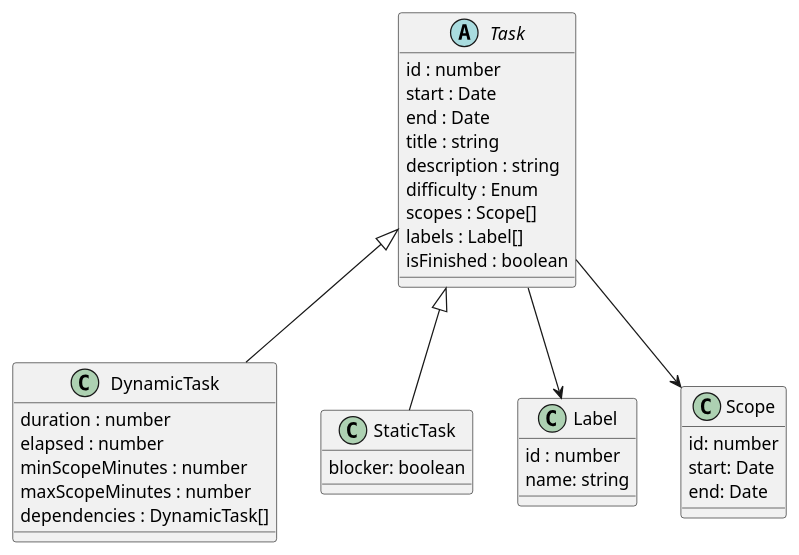
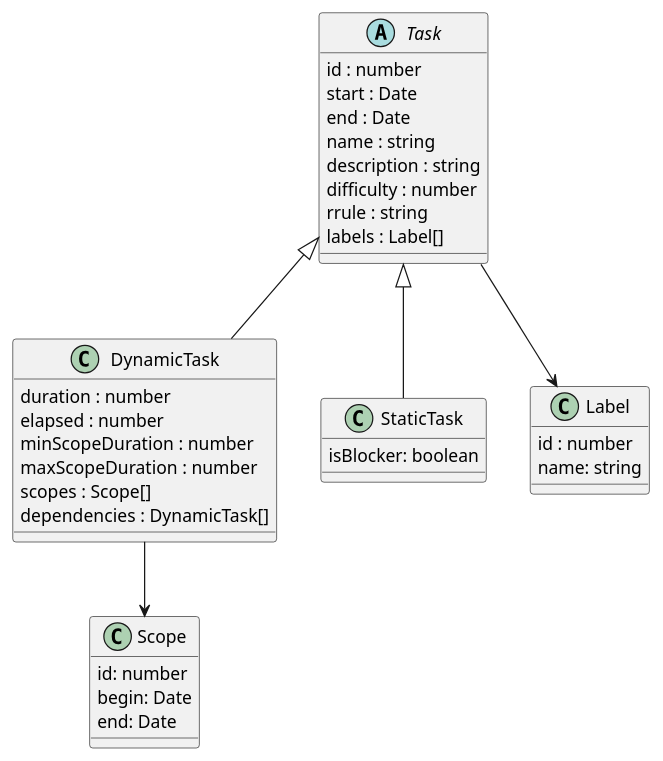
The diagram in frontend_task_class_model.pu (NI0-Name-Ideas-0/ChronoScope-models), drawn with PlantUML before and after one commit. The commit also changed 2 other files, not shown here.

Commit message:
update diagrams to reflect recent decisions

```diff
--- a/frontend_task_class_model.pu
+++ b/frontend_task_class_model.pu
@@ -1,41 +1,41 @@
 @startuml
 abstract class Task {
     id : number
     start : Date
     end : Date
-    title : string
+    name : string
     description : string
-    difficulty : Enum
-    scopes : Scope[]
+    difficulty : number
+    rrule : string
     labels : Label[]
-    isFinished : boolean
 }
 
 class DynamicTask {
     duration : number
     elapsed : number
-    minScopeMinutes : number
-    maxScopeMinutes : number
+    minScopeDuration : number
+    maxScopeDuration : number
+    scopes : Scope[]
     dependencies : DynamicTask[]
 }
 
 class StaticTask {
-  blocker: boolean
+  isBlocker: boolean
 }
 
 class Label {
     id : number
     name: string
 }
 
 class Scope {
     id: number
-    start: Date
+    begin: Date
     end: Date
 }
 
 Task <|-- DynamicTask
 Task <|-- StaticTask
-Task --> Scope
 Task --> Label
+DynamicTask --> Scope
 @enduml
```
